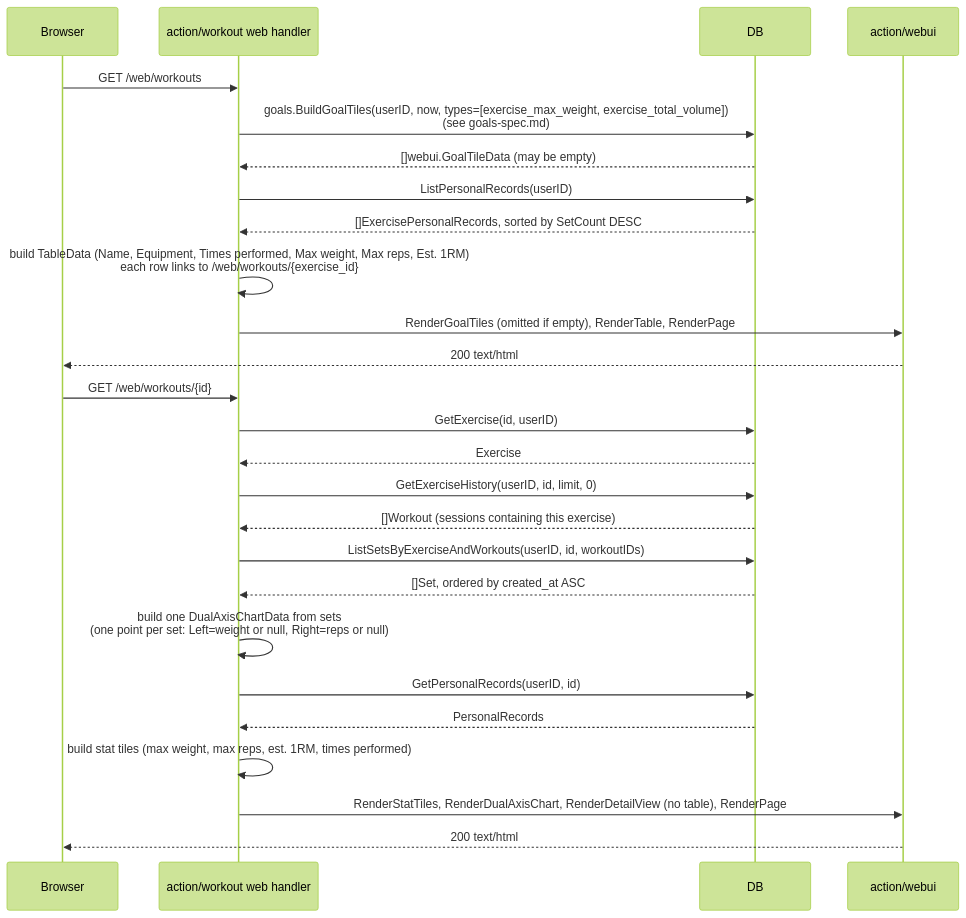
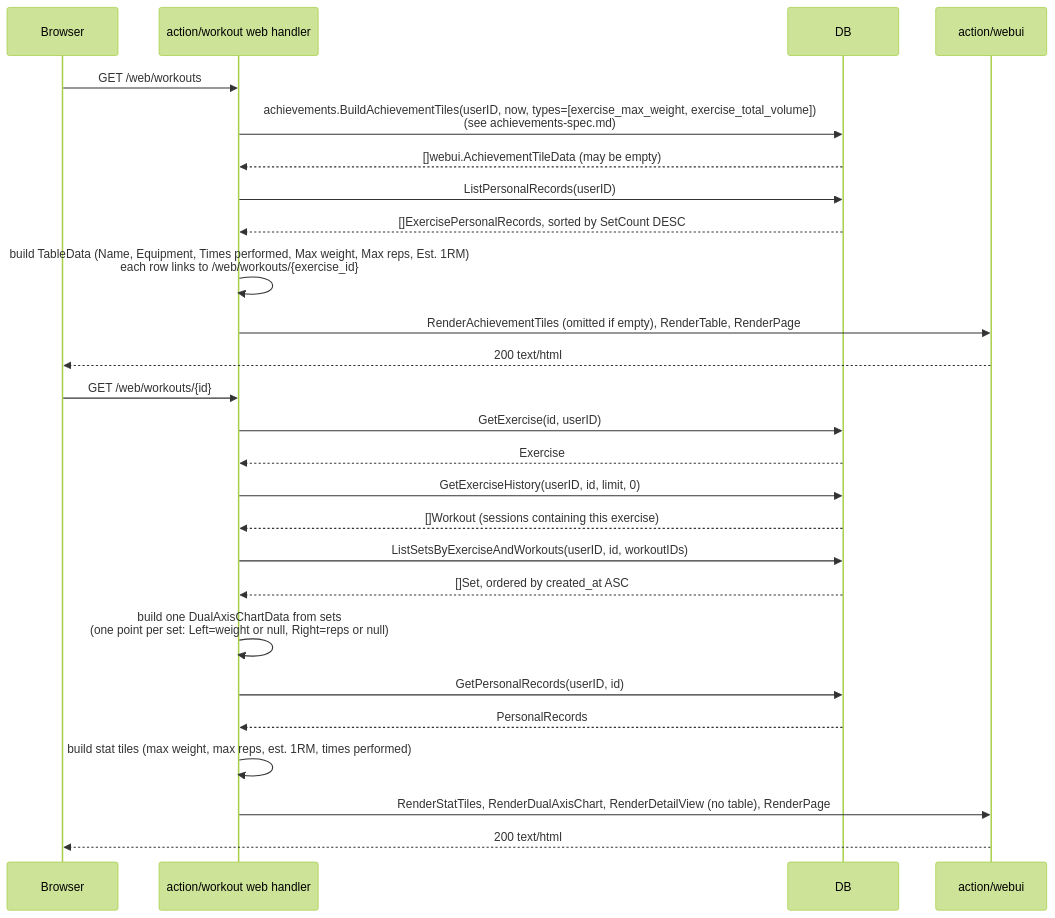
One commit to rusinikita/personal changed the sixth of 6 diagrams in docs/functions/workout-spec.md. Above: the diagram before and after it, drawn with Mermaid (forest theme). The commit also changed other lines of this file and 56 other files, not shown here.

First line of the commit message:
refactor(achievements)!: rename goals to achievements

````diff
--- a/docs/functions/workout-spec.md
+++ b/docs/functions/workout-spec.md
@@ -173,30 +173,30 @@
 ```mermaid
 sequenceDiagram
     participant Browser
     participant Handler as action/workout web handler
     participant DB
     participant Webui as action/webui
 
     Browser->>Handler: GET /web/workouts
-    Handler->>DB: goals.BuildGoalTiles(userID, now, types=[exercise_max_weight, exercise_total_volume])<br/>(see goals-spec.md)
-    DB-->>Handler: []webui.GoalTileData (may be empty)
+    Handler->>DB: achievements.BuildAchievementTiles(userID, now, types=[exercise_max_weight, exercise_total_volume])<br/>(see achievements-spec.md)
+    DB-->>Handler: []webui.AchievementTileData (may be empty)
     Handler->>DB: ListPersonalRecords(userID)
     DB-->>Handler: []ExercisePersonalRecords, sorted by SetCount DESC
     Handler->>Handler: build TableData (Name, Equipment, Times performed, Max weight, Max reps, Est. 1RM)<br/>each row links to /web/workouts/{exercise_id}
-    Handler->>Webui: RenderGoalTiles (omitted if empty), RenderTable, RenderPage
+    Handler->>Webui: RenderAchievementTiles (omitted if empty), RenderTable, RenderPage
     Webui-->>Browser: 200 text/html
 
     Browser->>Handler: GET /web/workouts/{id}
     Handler->>DB: GetExercise(id, userID)
     DB-->>Handler: Exercise
     Handler->>DB: GetExerciseHistory(userID, id, limit, 0)
     DB-->>Handler: []Workout (sessions containing this exercise)
     Handler->>DB: ListSetsByExerciseAndWorkouts(userID, id, workoutIDs)
     DB-->>Handler: []Set, ordered by created_at ASC
     Handler->>Handler: build one DualAxisChartData from sets<br/>(one point per set: Left=weight or null, Right=reps or null)
     Handler->>DB: GetPersonalRecords(userID, id)
     DB-->>Handler: PersonalRecords
     Handler->>Handler: build stat tiles (max weight, max reps, est. 1RM, times performed)
     Handler->>Webui: RenderStatTiles, RenderDualAxisChart, RenderDetailView (no table), RenderPage
     Webui-->>Browser: 200 text/html
 ```
````
